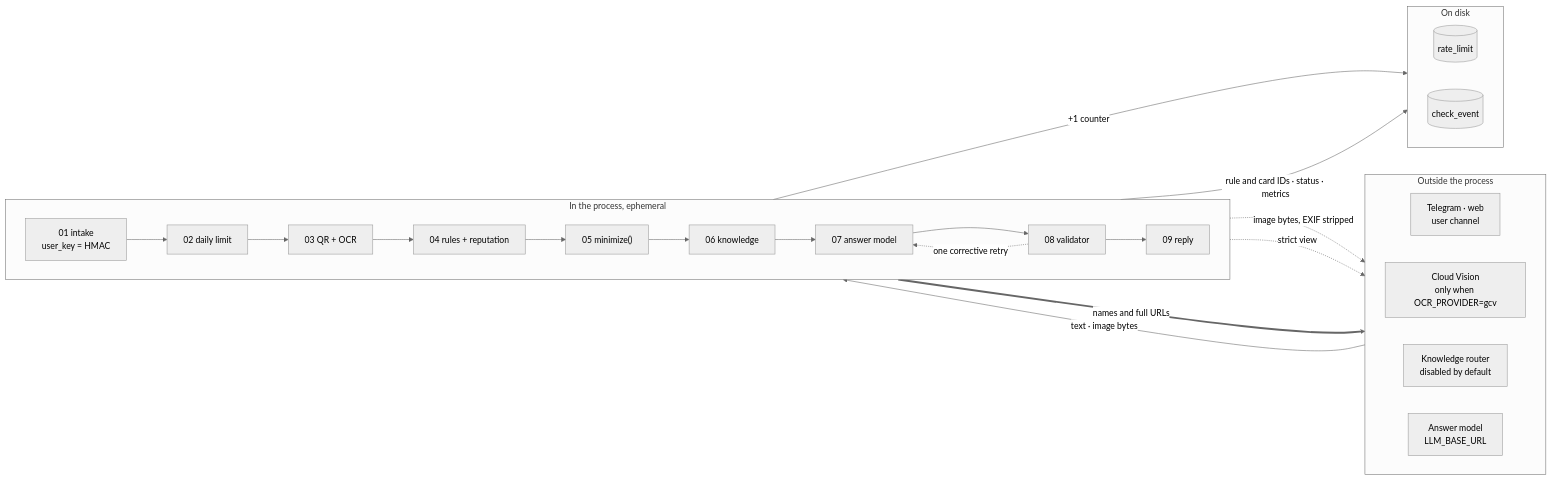
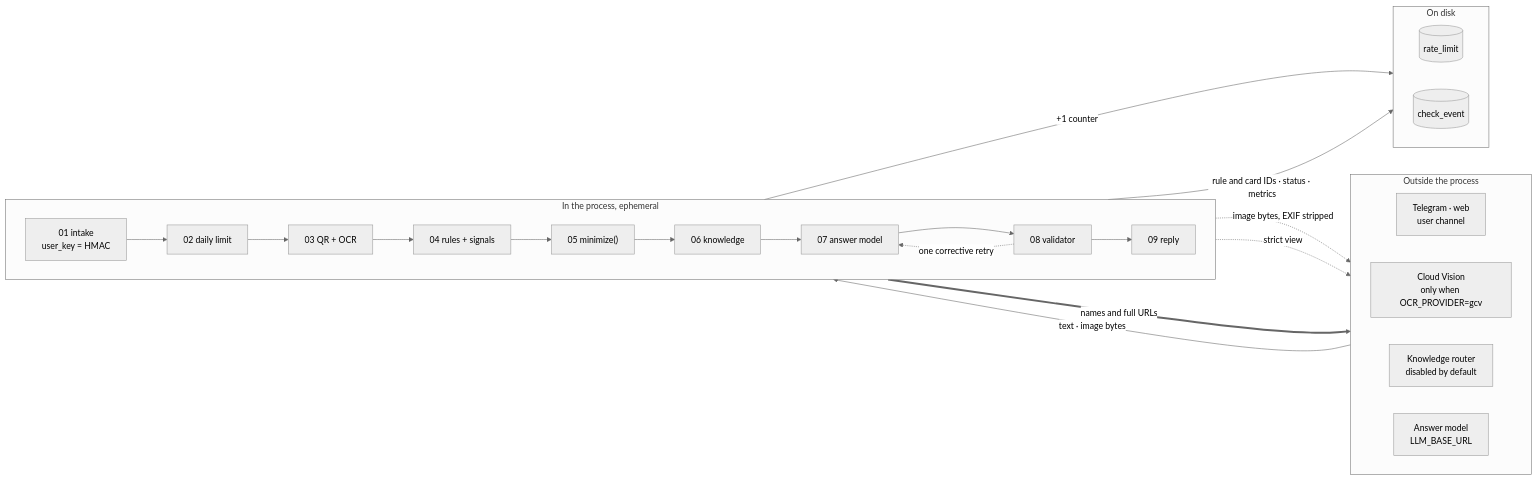
Before and after one commit to Dor28/avvalo: the diagram in docs/DATA_FLOW.md, drawn with Mermaid (neutral theme). The commit also changed other lines of this file and 27 other files, not shown here.

````diff
--- a/docs/DATA_FLOW.md
+++ b/docs/DATA_FLOW.md
@@ -23,38 +23,38 @@
 ```mermaid
 flowchart LR
   subgraph OUT["Outside the process"]
     direction LR
     TG["Telegram · web<br/>user channel"]
     GCV["Cloud Vision<br/>only when OCR_PROVIDER=gcv"]
     ROUTER["Knowledge router<br/>disabled by default"]
     MODEL["Answer model<br/>LLM_BASE_URL"]
   end
 
   subgraph MEM["In the process, ephemeral"]
     direction LR
     S1["01 intake<br/>user_key = HMAC"]
     S2["02 daily limit"]
     S3["03 QR + OCR"]
-    S4["04 rules + reputation"]
+    S4["04 rules + signals"]
     S5["05 minimize()"]
     S6["06 knowledge"]
     S7["07 answer model"]
     S8["08 validator"]
     S9["09 reply"]
     S1 --> S2 --> S3 --> S4 --> S5 --> S6 --> S7 --> S8 --> S9
   end
 
   subgraph DISK["On disk"]
     direction LR
     RL[("rate_limit")]
     CE[("check_event")]
   end
 
   TG -->|"text · image bytes"| S1
   S3 -.->|"image bytes, EXIF stripped"| GCV
   S6 -.->|"strict view"| ROUTER
   S7 ==>|"names and full URLs"| MODEL
   S8 -.->|"one corrective retry"| S7
   S2 -->|"+1 counter"| RL
   S9 -->|"rule and card IDs · status · metrics"| CE
 ```
````
